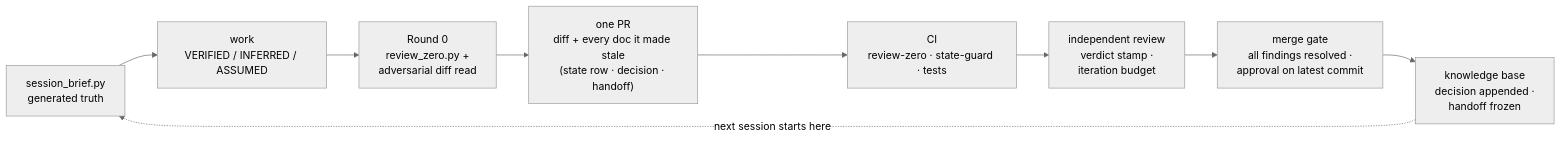
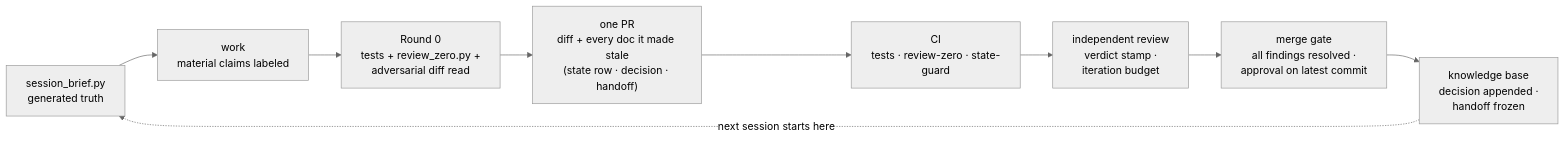
The diagram in README.md (mlakhoua-rgb/agent-constitution), drawn with Mermaid (neutral theme) before and after one commit. The commit also changed other lines of this file and 19 other files, not shown here.

````diff
--- a/README.md
+++ b/README.md
@@ -119,11 +145,11 @@
 ```mermaid
 flowchart LR
-    S["session_brief.py<br>generated truth"] --> W["work<br>VERIFIED / INFERRED / ASSUMED"]
-    W --> R0["Round 0<br>review_zero.py +<br>adversarial diff read"]
+    S["session_brief.py<br>generated truth"] --> W["work<br>material claims labeled"]
+    W --> R0["Round 0<br>tests + review_zero.py +<br>adversarial diff read"]
     R0 --> PR["one PR<br>diff + every doc it made stale<br>(state row · decision · handoff)"]
-    PR --> CI["CI<br>review-zero · state-guard · tests"]
+    PR --> CI["CI<br>tests · review-zero · state-guard"]
     CI --> REV["independent review<br>verdict stamp ·<br>iteration budget"]
     REV --> MG["merge gate<br>all findings resolved ·<br>approval on latest commit"]
     MG --> KB["knowledge base<br>decision appended ·<br>handoff frozen"]
     KB -.->|next session starts here| S
 ```
````
